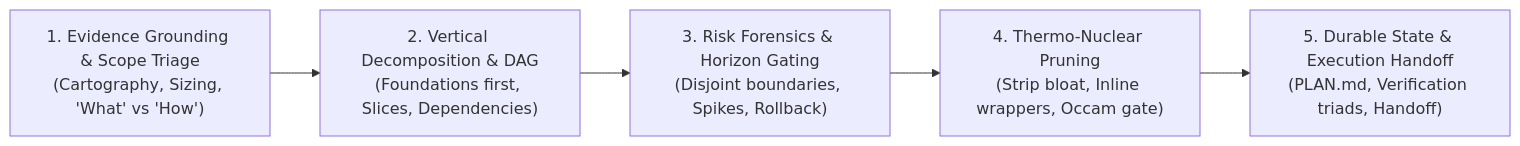
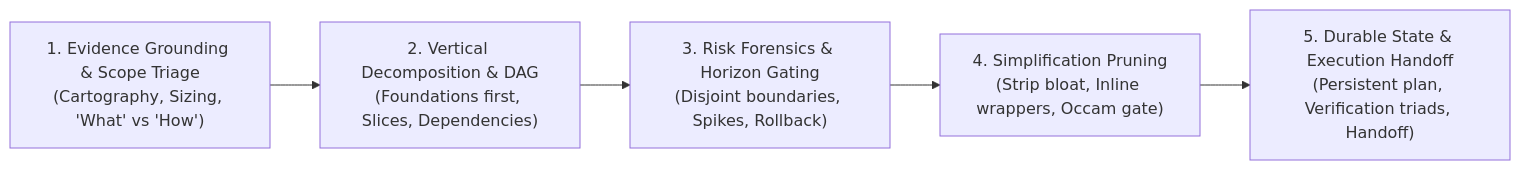
One commit to gowtham2thrive/agent-grimoire changed the first of 2 diagrams in .agents/skills/planning/SKILL.md. Above: the diagram before and after it, drawn with Mermaid. The commit also changed other lines of this file and 31 other files, not shown here.

````diff
--- a/.agents/skills/planning/SKILL.md
+++ b/.agents/skills/planning/SKILL.md
@@ -24,7 +24,7 @@
 ```mermaid
 flowchart LR
     P1["1. Evidence Grounding & Scope Triage<br/>(Cartography, Sizing, 'What' vs 'How')"] --> P2["2. Vertical Decomposition & DAG<br/>(Foundations first, Slices, Dependencies)"]
     P2 --> P3["3. Risk Forensics & Horizon Gating<br/>(Disjoint boundaries, Spikes, Rollback)"]
-    P3 --> P4["4. Thermo-Nuclear Pruning<br/>(Strip bloat, Inline wrappers, Occam gate)"]
-    P4 --> P5["5. Durable State & Execution Handoff<br/>(PLAN.md, Verification triads, Handoff)"]
+    P3 --> P4["4. Simplification Pruning<br/>(Strip bloat, Inline wrappers, Occam gate)"]
+    P4 --> P5["5. Durable State & Execution Handoff<br/>(Persistent plan, Verification triads, Handoff)"]
 ```
````
